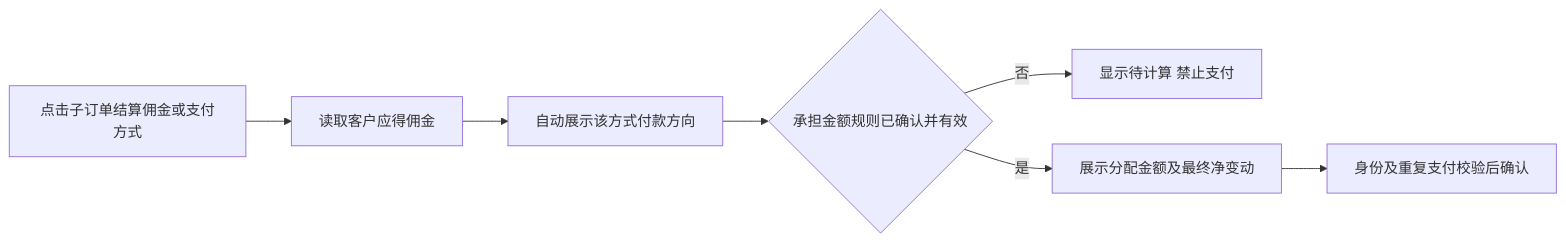
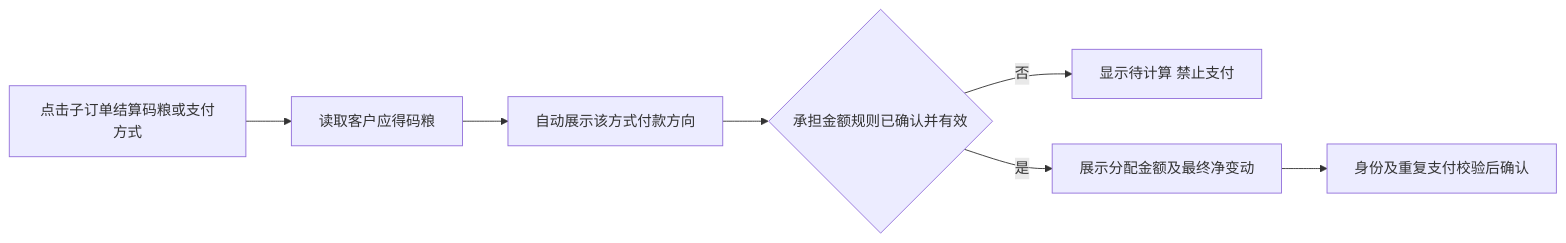
One commit to bala-luoluo/cashier-prototype changed the third of 5 diagrams in docs/菜单PRD_20261109/PRD_结算管理_20261109.md. Above: the diagram before and after it, drawn with Mermaid. The commit also changed other lines of this file and 19 other files, not shown here.

````diff
--- a/docs/菜单PRD_20261109/PRD_结算管理_20261109.md
+++ b/docs/菜单PRD_20261109/PRD_结算管理_20261109.md
@@ -149,9 +149,9 @@
 ```mermaid
 flowchart LR
- A[点击子订单结算佣金或支付方式] --> B[读取客户应得佣金]
+ A[点击子订单结算码粮或支付方式] --> B[读取客户应得码粮]
  B --> C[自动展示该方式付款方向]
  C --> D{承担金额规则已确认并有效}
  D -- 否 --> E[显示待计算 禁止支付]
  D -- 是 --> F[展示分配金额及最终净变动]
  F --> G[身份及重复支付校验后确认]
 ```
````
